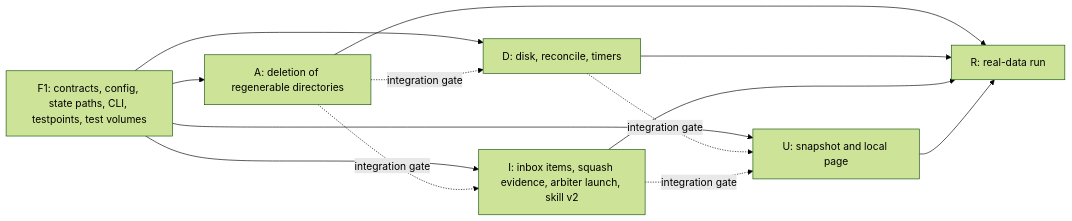
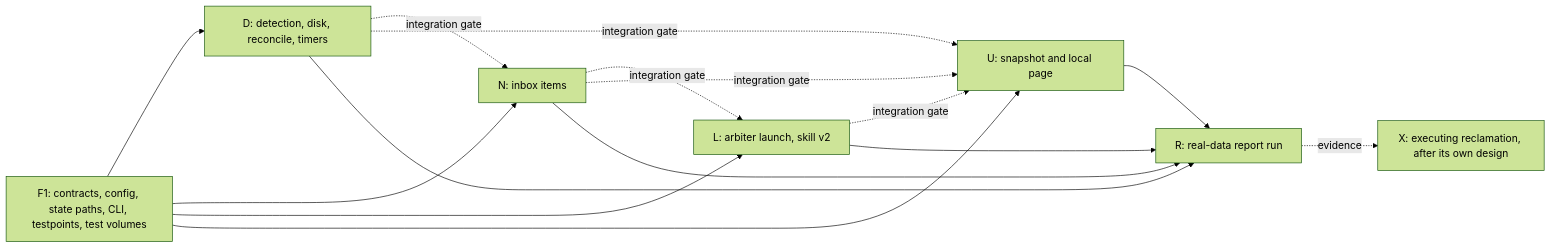
One commit to shuymn/cardinal changed the second of 2 diagrams in docs/architecture.md. Above: the diagram before and after it, drawn with Mermaid (forest theme). The commit also changed other lines of this file, not shown here.

Commit message:
docs(architecture): take execution out of phase 1

````diff
--- a/docs/architecture.md
+++ b/docs/architecture.md
@@ -1403,15 +1292,17 @@
 ```mermaid
 flowchart LR
-  F1["F1: contracts, config, state paths, CLI, testpoints, test volumes"] --> A["A: deletion of regenerable directories"]
-  F1 --> D["D: disk, reconcile, timers"]
-  F1 --> I["I: inbox items, squash evidence, arbiter launch, skill v2"]
+  F1["F1: contracts, config, state paths, CLI, testpoints, test volumes"] --> D["D: detection, disk, reconcile, timers"]
+  F1 --> N["N: inbox items"]
+  F1 --> L["L: arbiter launch, skill v2"]
   F1 --> U["U: snapshot and local page"]
-  A -. "integration gate" .-> D
-  A -. "integration gate" .-> I
+  D -. "integration gate" .-> N
+  N -. "integration gate" .-> L
   D -. "integration gate" .-> U
-  I -. "integration gate" .-> U
-  A --> R["R: real-data run"]
-  D --> R
-  I --> R
+  N -. "integration gate" .-> U
+  L -. "integration gate" .-> U
+  D --> R["R: real-data report run"]
+  N --> R
+  L --> R
   U --> R
+  R -. "evidence" .-> X["X: executing reclamation, after its own design"]
 ```
````
